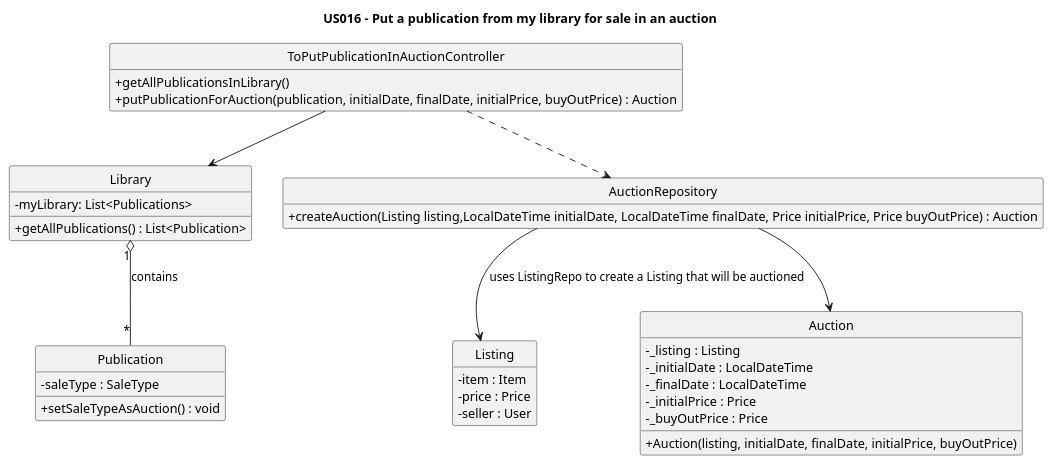
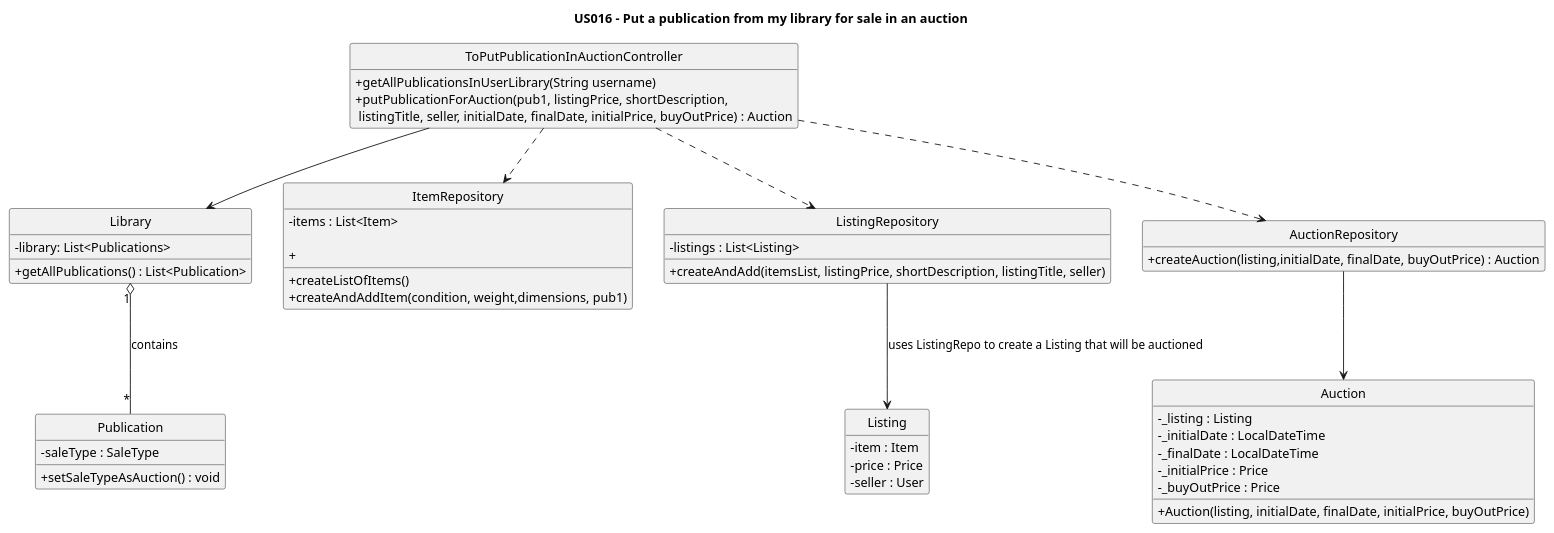
One commit to AndrePereiraGitH/SWitCH-Project-Team_A changed the diagram in Diagrams/ClassDiagrams/US016-to-put-for-sale-as-Auction-publication-in-my-library.puml. Above: the diagram before and after it, drawn with PlantUML.

Commit message:
US016 CD fixes #107 @Marrike

```diff
--- a/Diagrams/ClassDiagrams/US016-to-put-for-sale-as-Auction-publication-in-my-library.puml
+++ b/Diagrams/ClassDiagrams/US016-to-put-for-sale-as-Auction-publication-in-my-library.puml
@@ -1,55 +1,72 @@
 @startuml
 hide empty members
 hide circle
 skinparam classAttributeIconSize 0
 title US016 - Put a publication from my library for sale in an auction
 
 
   class Library {
-    -myLibrary: List<Publications>
+    -library: List<Publications>
     +getAllPublications() : List<Publication>
   }
 
 
   class Publication {
     -saleType : SaleType
     +setSaleTypeAsAuction() : void
   }
 
   class Listing {
     -item : Item
     -price : Price
     -seller : User
   }
 
 
   class Auction {
     -_listing : Listing
     -_initialDate : LocalDateTime
     -_finalDate : LocalDateTime
     -_initialPrice : Price
     -_buyOutPrice : Price
 
     +Auction(listing, initialDate, finalDate, initialPrice, buyOutPrice)
   }
 
+  class ItemRepository {
+    -items : List<Item>
+
+    +createListOfItems()
+    +createAndAddItem(condition, weight,dimensions, pub1)
+    +
+
+  }
+
+  class ListingRepository {
+    -listings : List<Listing>
+
+    +createAndAdd(itemsList, listingPrice, shortDescription, listingTitle, seller)
+  }
+
   class AuctionRepository {
-    +createAuction(Listing listing,LocalDateTime initialDate, LocalDateTime finalDate, Price initialPrice, Price buyOutPrice) : Auction
+    +createAuction(listing,initialDate, finalDate, buyOutPrice) : Auction
   }
 
   class ToPutPublicationInAuctionController {
-    +getAllPublicationsInLibrary()
-    +putPublicationForAuction(publication, initialDate, finalDate, initialPrice, buyOutPrice) : Auction
+    +getAllPublicationsInUserLibrary(String username)
+    +putPublicationForAuction(pub1, listingPrice, shortDescription,\n listingTitle, seller, initialDate, finalDate, initialPrice, buyOutPrice) : Auction
   }
 
 ' -------------------- Relationships --------------------
 
 ToPutPublicationInAuctionController --> Library
 
 Library "1" o-- "*" Publication : contains
 
 ToPutPublicationInAuctionController ..> AuctionRepository
 AuctionRepository --> Auction
-AuctionRepository --> Listing : uses ListingRepo to create a Listing that will be auctioned
+ToPutPublicationInAuctionController ..> ListingRepository
+ListingRepository --> Listing : uses ListingRepo to create a Listing that will be auctioned
+ToPutPublicationInAuctionController ..> ItemRepository
 
 @enduml
```
